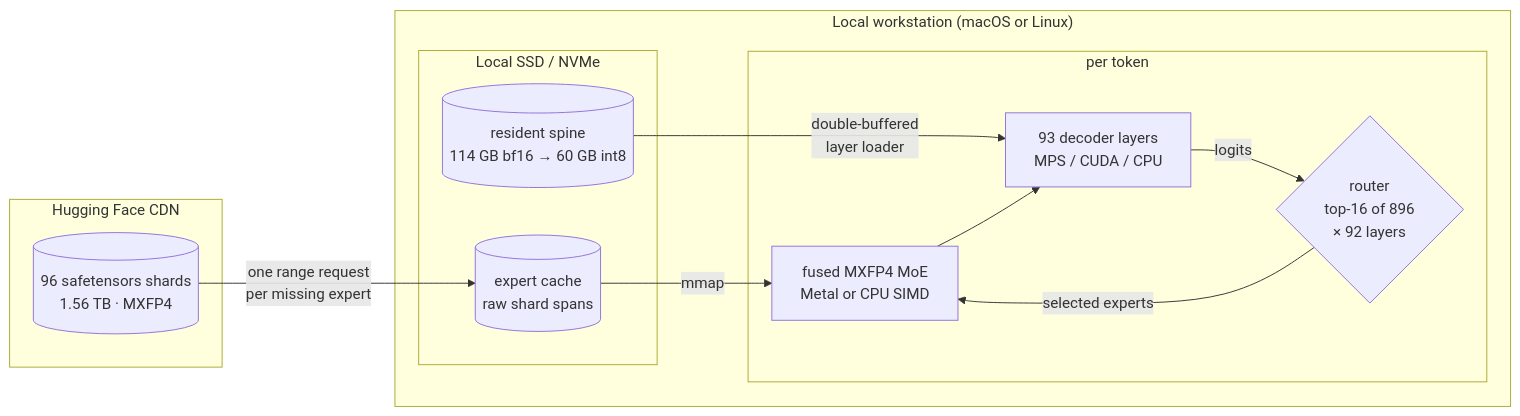
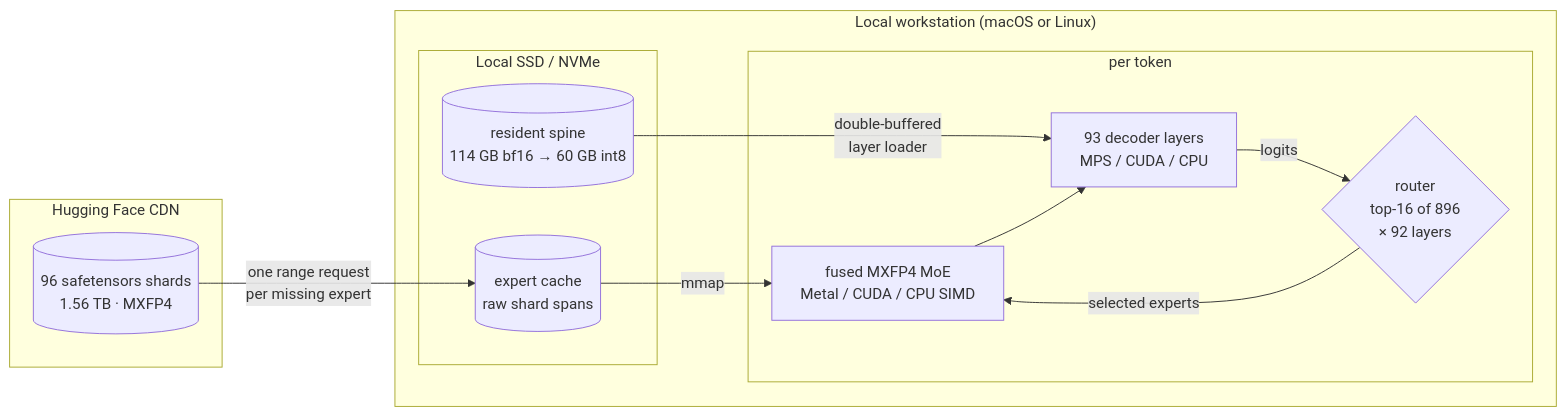
The diagram in README.md (calmasacow/deltafin), drawn with Mermaid before and after one commit. The commit also changed other lines of this file and 12 other files, not shown here.

````diff
--- a/README.md
+++ b/README.md
@@ -305,23 +315,23 @@
 ```mermaid
 flowchart LR
     subgraph HF["Hugging Face CDN"]
         W[("96 safetensors shards<br/>1.56 TB · MXFP4")]
     end
     subgraph HOST["Local workstation (macOS or Linux)"]
         subgraph DISK["Local SSD / NVMe"]
             SP[("resident spine<br/>114 GB bf16 → 60 GB int8")]
             EC[("expert cache<br/>raw shard spans")]
         end
         subgraph TOK["per token"]
             R{"router<br/>top-16 of 896<br/>× 92 layers"}
             L["93 decoder layers<br/>MPS / CUDA / CPU"]
-            K["fused MXFP4 MoE<br/>Metal or CPU SIMD"]
+            K["fused MXFP4 MoE<br/>Metal / CUDA / CPU SIMD"]
         end
     end
     W -- "one range request<br/>per missing expert" --> EC
     SP -- "double-buffered<br/>layer loader" --> L
     EC -- "mmap" --> K
     R -- "selected experts" --> K
     K --> L
     L -- "logits" --> R
 ```
````
